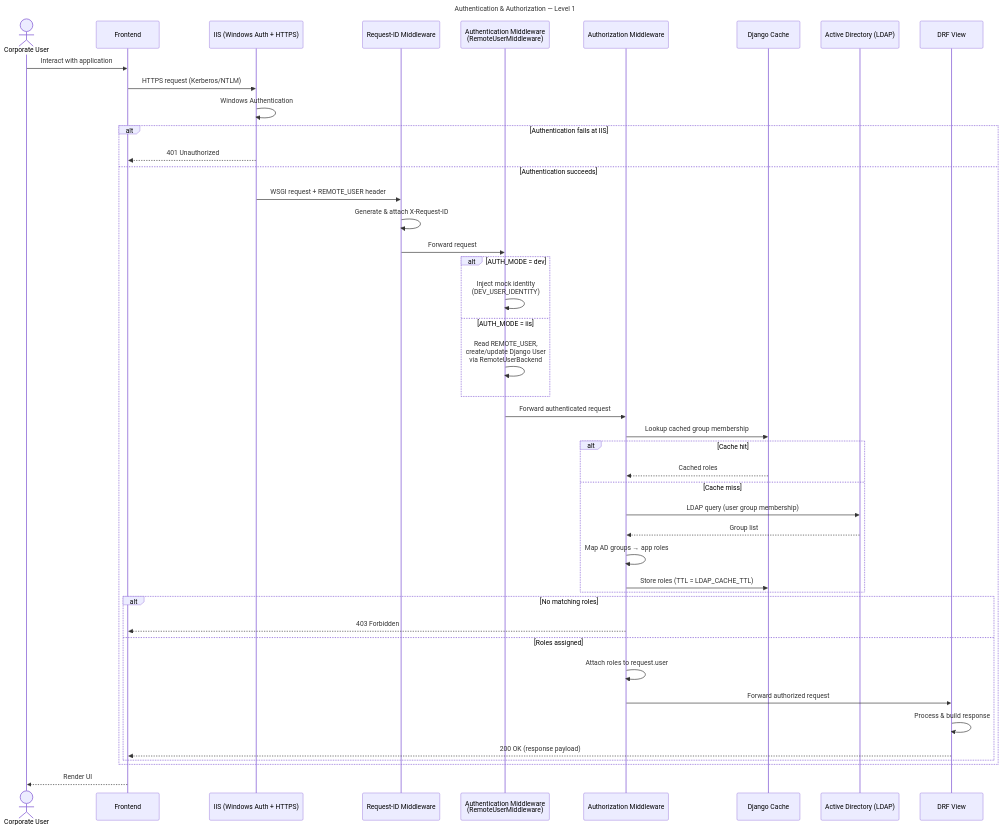
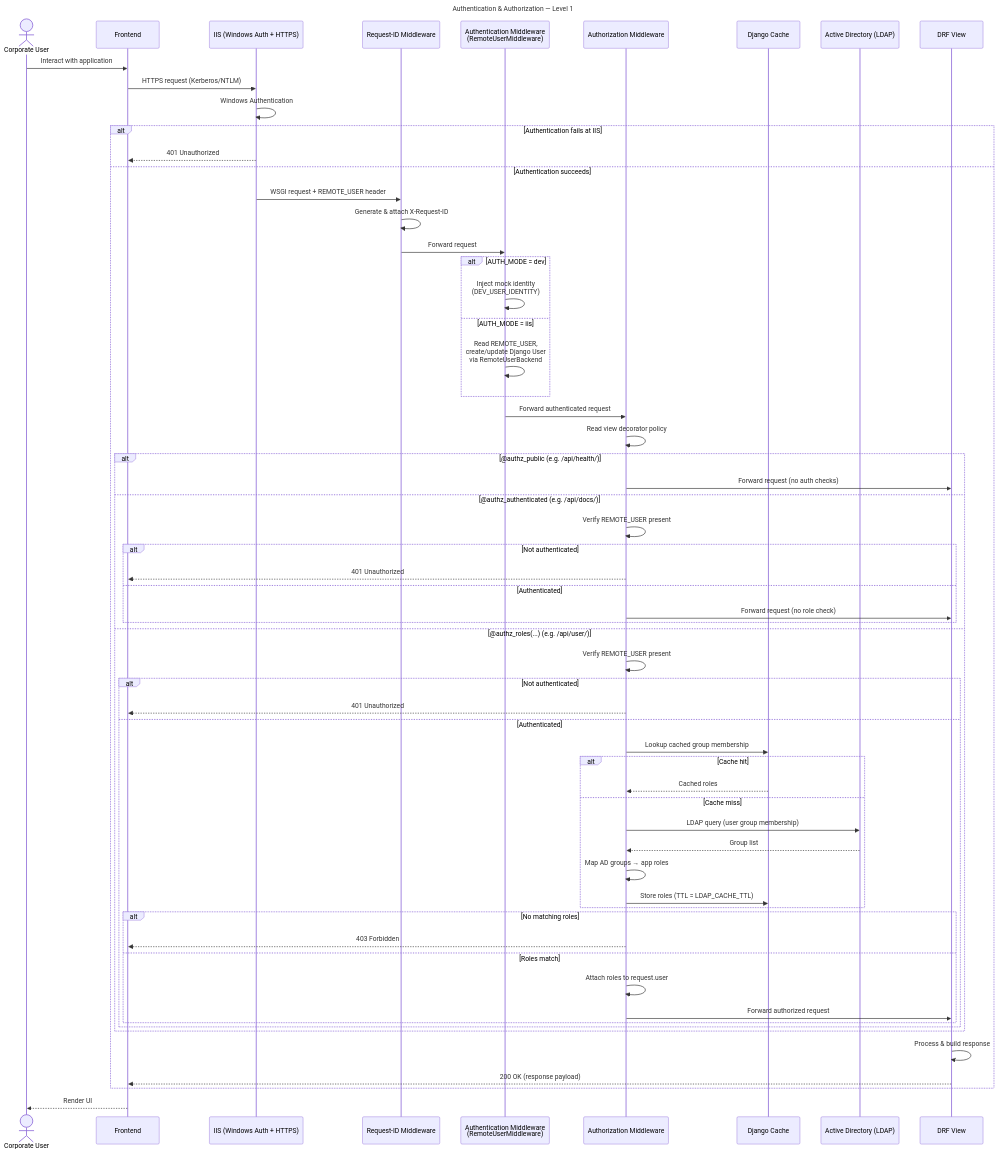
Before and after one commit to LewisCM14/django_auth: the fourth of 4 diagrams in docs/spec.md, drawn with Mermaid. The commit also changed other lines of this file and 33 other files, not shown here.

````diff
--- a/docs/spec.md
+++ b/docs/spec.md
@@ -158,54 +159,73 @@
 ```mermaid
 ---
 title: Authentication & Authorization — Level 1
 ---
 sequenceDiagram
     actor User as Corporate User
     participant FE as Frontend
     participant IIS as IIS (Windows Auth + HTTPS)
     participant RID as Request-ID Middleware
     participant AuthN as Authentication Middleware<br/>(RemoteUserMiddleware)
     participant AuthZ as Authorization Middleware
     participant Cache as Django Cache
     participant AD as Active Directory (LDAP)
     participant View as DRF View
 
     User->>FE: Interact with application
     FE->>IIS: HTTPS request (Kerberos/NTLM)
     IIS->>IIS: Windows Authentication
     alt Authentication fails at IIS
         IIS-->>FE: 401 Unauthorized
     else Authentication succeeds
         IIS->>RID: WSGI request + REMOTE_USER header
         RID->>RID: Generate & attach X-Request-ID
         RID->>AuthN: Forward request
 
         alt AUTH_MODE = dev
             AuthN->>AuthN: Inject mock identity<br/>(DEV_USER_IDENTITY)
         else AUTH_MODE = iis
             AuthN->>AuthN: Read REMOTE_USER,<br/>create/update Django User<br/>via RemoteUserBackend
         end
 
         AuthN->>AuthZ: Forward authenticated request
 
-        AuthZ->>Cache: Lookup cached group membership
-        alt Cache hit
-            Cache-->>AuthZ: Cached roles
-        else Cache miss
-            AuthZ->>AD: LDAP query (user group membership)
-            AD-->>AuthZ: Group list
-            AuthZ->>AuthZ: Map AD groups → app roles
-            AuthZ->>Cache: Store roles (TTL = LDAP_CACHE_TTL)
+        AuthZ->>AuthZ: Read view decorator policy
+
+        alt @authz_public (e.g. /api/health/)
+            AuthZ->>View: Forward request (no auth checks)
+        else @authz_authenticated (e.g. /api/docs/)
+            AuthZ->>AuthZ: Verify REMOTE_USER present
+            alt Not authenticated
+                AuthZ-->>FE: 401 Unauthorized
+            else Authenticated
+                AuthZ->>View: Forward request (no role check)
+            end
+        else @authz_roles(...) (e.g. /api/user/)
+            AuthZ->>AuthZ: Verify REMOTE_USER present
+            alt Not authenticated
+                AuthZ-->>FE: 401 Unauthorized
+            else Authenticated
+                AuthZ->>Cache: Lookup cached group membership
+                alt Cache hit
+                    Cache-->>AuthZ: Cached roles
+                else Cache miss
+                    AuthZ->>AD: LDAP query (user group membership)
+                    AD-->>AuthZ: Group list
+                    AuthZ->>AuthZ: Map AD groups → app roles
+                    AuthZ->>Cache: Store roles (TTL = LDAP_CACHE_TTL)
+                end
+
+                alt No matching roles
+                    AuthZ-->>FE: 403 Forbidden
+                else Roles match
+                    AuthZ->>AuthZ: Attach roles to request.user
+                    AuthZ->>View: Forward authorized request
+                end
+            end
         end
 
-        alt No matching roles
-            AuthZ-->>FE: 403 Forbidden
-        else Roles assigned
-            AuthZ->>AuthZ: Attach roles to request.user
-            AuthZ->>View: Forward authorized request
-            View->>View: Process & build response
-            View-->>FE: 200 OK (response payload)
-        end
+        View->>View: Process & build response
+        View-->>FE: 200 OK (response payload)
     end
     FE-->>User: Render UI
 ```
````
